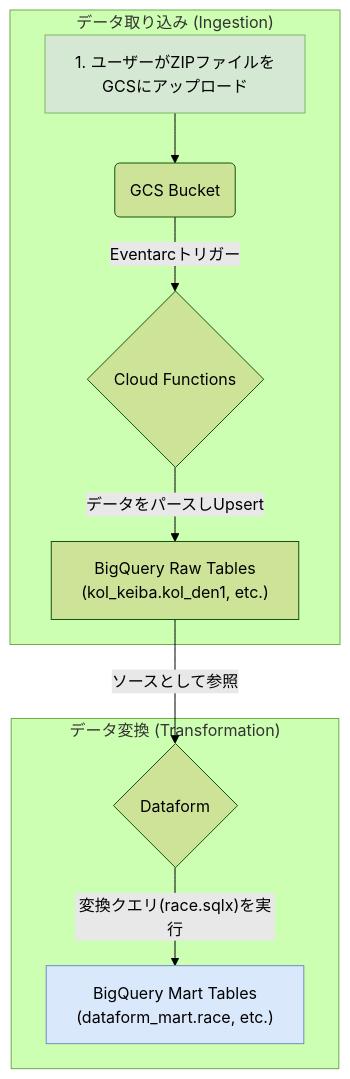
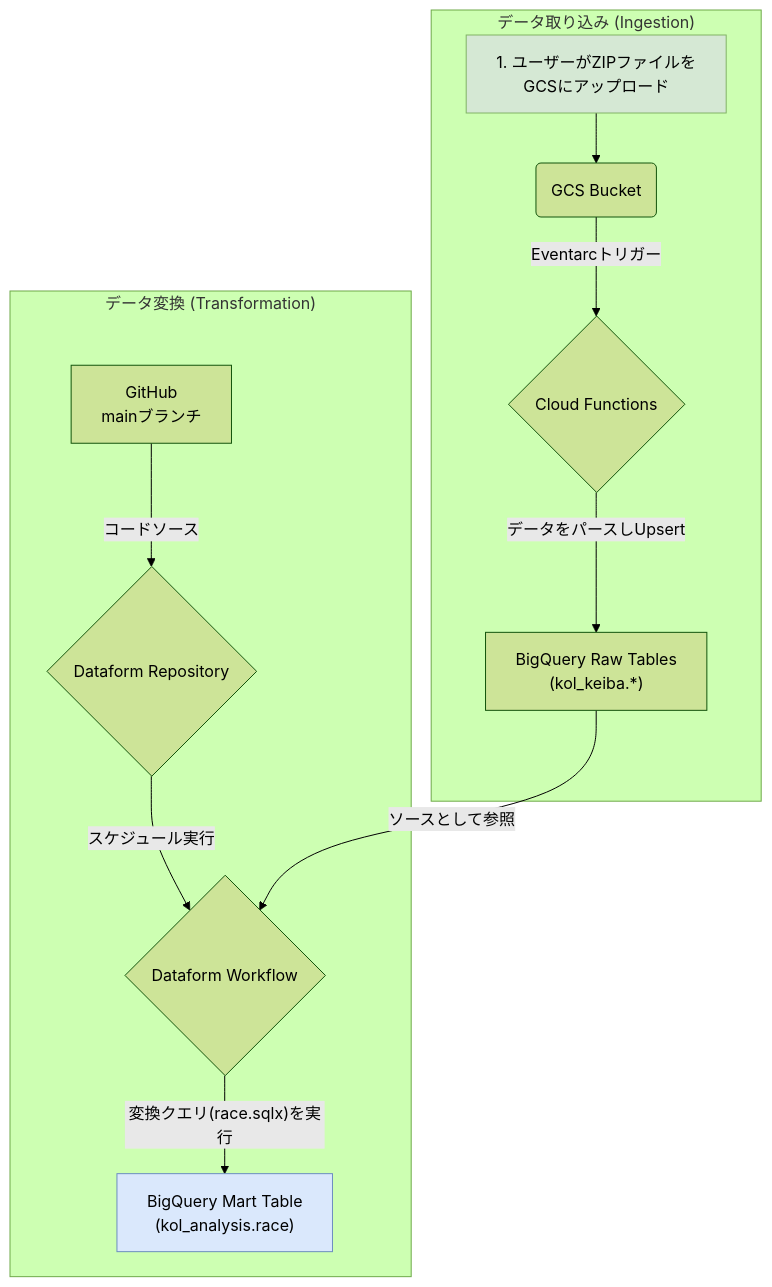
Before and after one commit to ENDoDo/kol-gcp-dataform: the diagram in README.md, drawn with Mermaid (forest theme). The commit also changed other lines of this file and 1 other file, not shown here.

First line of the commit message:
feat(dataform): Add service account impersonation for scheduled workflows

````diff
--- a/README.md
+++ b/README.md
@@ -15,16 +13,18 @@
 ```mermaid
 graph TD
     subgraph "データ取り込み (Ingestion)"
         A[1. ユーザーがZIPファイルをGCSにアップロード] --> B(GCS Bucket);
         B -- Eventarcトリガー --> C{Cloud Functions};
-        C -- データをパースしUpsert --> D["BigQuery Raw Tables<br>(kol_keiba.kol_den1, etc.)"];
+        C -- データをパースしUpsert --> D["BigQuery Raw Tables<br>(kol_keiba.*)"];
     end
 
     subgraph "データ変換 (Transformation)"
-        D -- ソースとして参照 --> E{Dataform};
-        E -- 変換クエリ(race.sqlx)を実行 --> F["BigQuery Mart Tables<br>(dataform_mart.race, etc.)"];
+        Git[GitHub<br>mainブランチ] -- コードソース --> E{Dataform Repository};
+        E -- スケジュール実行 --> F{Dataform Workflow};
+        F -- 変換クエリ(race.sqlx)を実行 --> G["BigQuery Mart Table<br>(kol_analysis.race)"];
+        D -- ソースとして参照 --> F;
     end
 
     style A fill:#D5E8D4,stroke:#82B366
-    style F fill:#DAE8FC,stroke:#6C8EBF
+    style G fill:#DAE8FC,stroke:#6C8EBF
 ```
````
